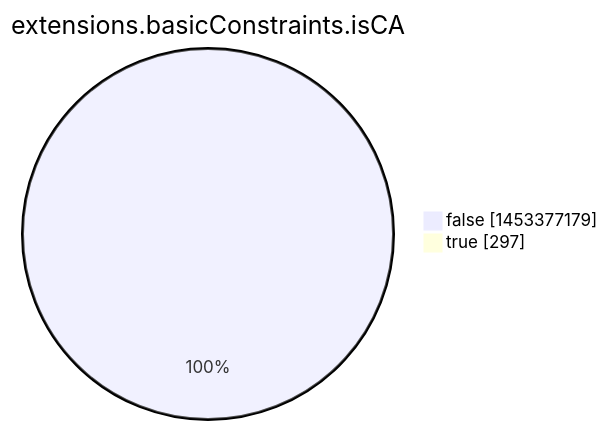
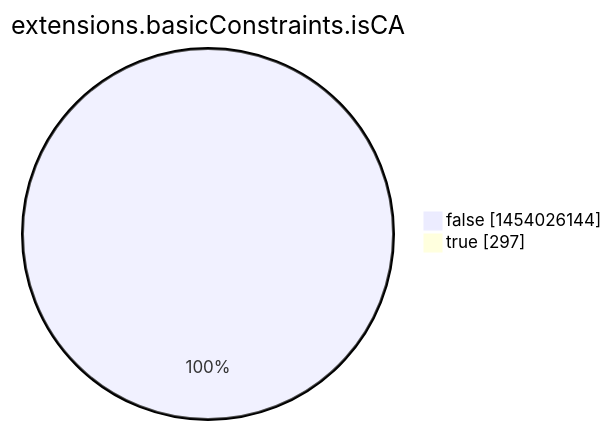
One commit to christiankrug/ctmonitor_visualization changed the eighth of 15 diagrams in argon2022/README.md. Above: the diagram before and after it, drawn with Mermaid. The commit also changed other lines of this file, not shown here.

````diff
--- a/argon2022/README.md
+++ b/argon2022/README.md
@@ -2760,6 +2760,6 @@
 ```mermaid
 pie showData
 title extensions.basicConstraints.isCA
-"false" :1453377179
+"false" :1454026144
 "true" :297
 ```
````
